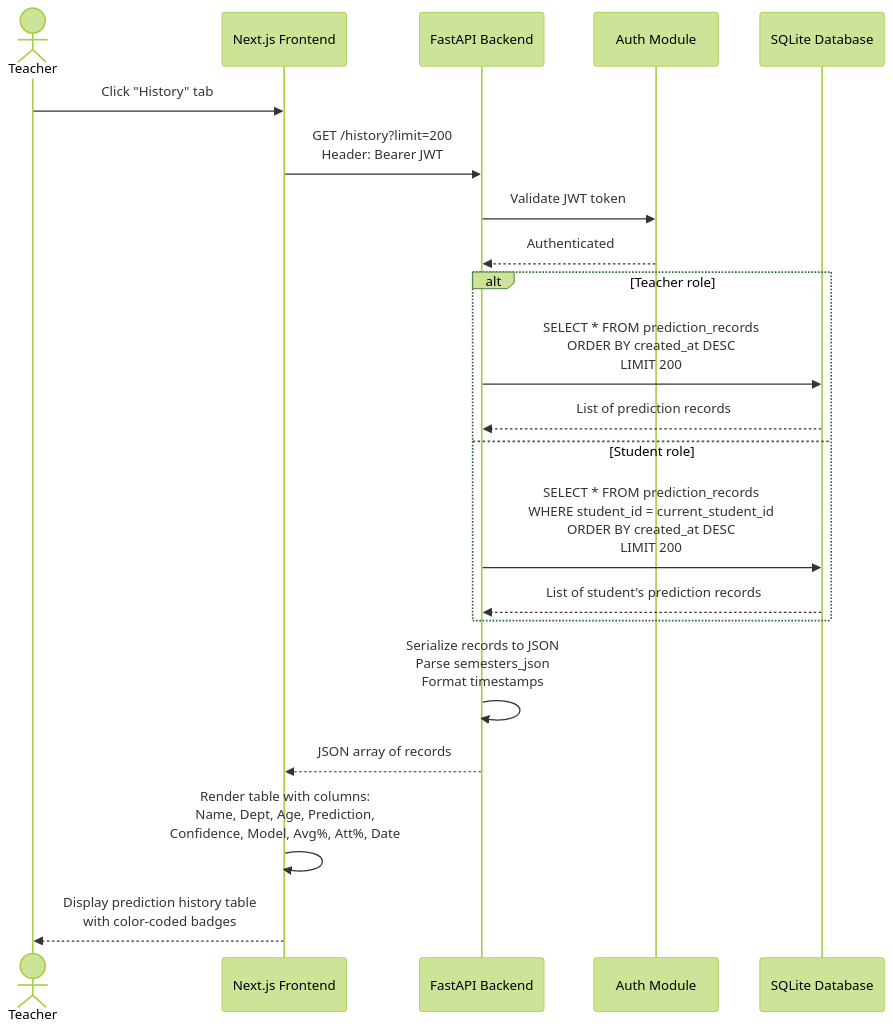
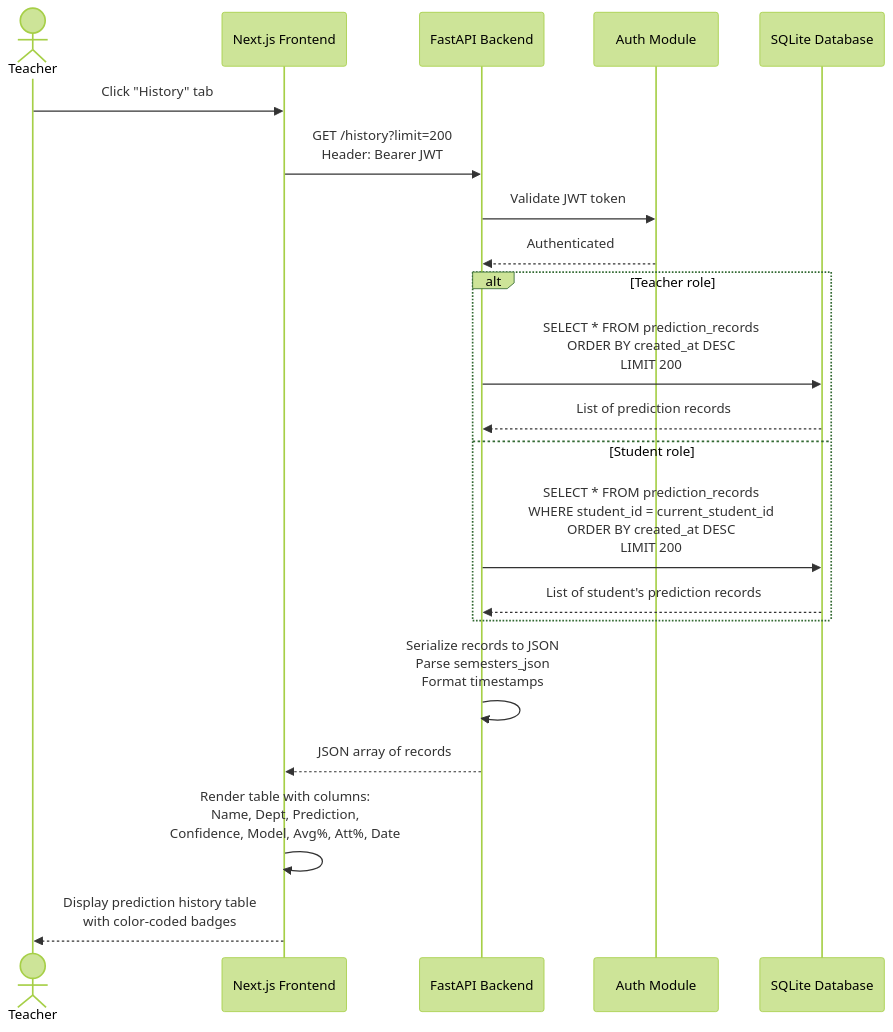
The fourth of 5 diagrams in diagram/08_sequence_diagrams.md (vrroshni/student-analyser), drawn with Mermaid (forest theme) before and after one commit. The commit also changed other lines of this file and 53 other files, not shown here.

````diff
--- a/diagram/08_sequence_diagrams.md
+++ b/diagram/08_sequence_diagrams.md
@@ -124,30 +124,30 @@
 ```mermaid
 sequenceDiagram
     actor Teacher
     participant Frontend as Next.js Frontend
     participant Backend as FastAPI Backend
     participant Auth as Auth Module
     participant DB as SQLite Database
 
     Teacher->>Frontend: Click "History" tab
     Frontend->>Backend: GET /history?limit=200<br/>Header: Bearer JWT
 
     Backend->>Auth: Validate JWT token
     Auth-->>Backend: Authenticated
 
     alt Teacher role
         Backend->>DB: SELECT * FROM prediction_records<br/>ORDER BY created_at DESC<br/>LIMIT 200
         DB-->>Backend: List of prediction records
     else Student role
         Backend->>DB: SELECT * FROM prediction_records<br/>WHERE student_id = current_student_id<br/>ORDER BY created_at DESC<br/>LIMIT 200
         DB-->>Backend: List of student's prediction records
     end
 
     Backend->>Backend: Serialize records to JSON<br/>Parse semesters_json<br/>Format timestamps
 
     Backend-->>Frontend: JSON array of records
 
-    Frontend->>Frontend: Render table with columns:<br/>Name, Dept, Age, Prediction,<br/>Confidence, Model, Avg%, Att%, Date
+    Frontend->>Frontend: Render table with columns:<br/>Name, Dept, Prediction,<br/>Confidence, Model, Avg%, Att%, Date
 
     Frontend-->>Teacher: Display prediction history table<br/>with color-coded badges
 ```
````
